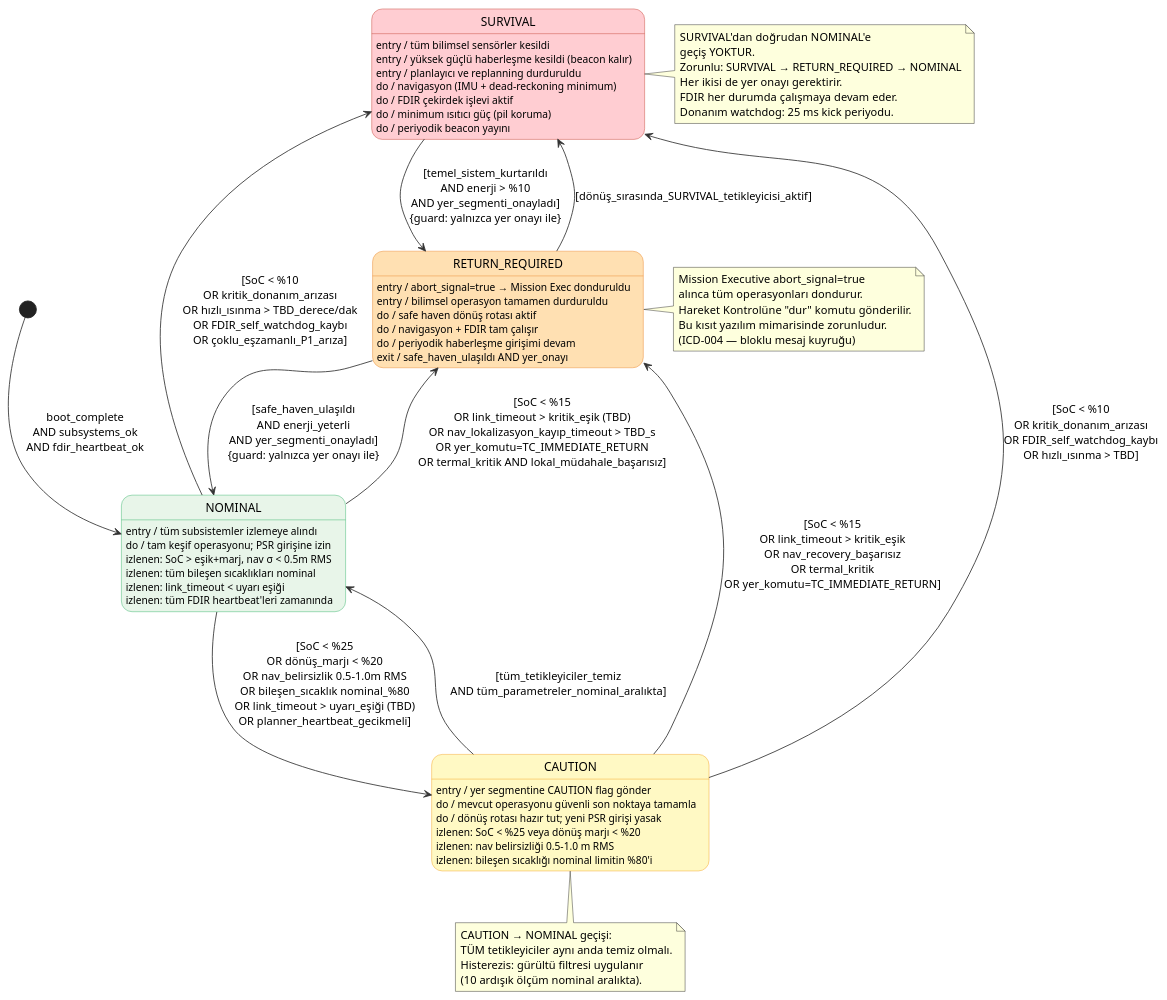
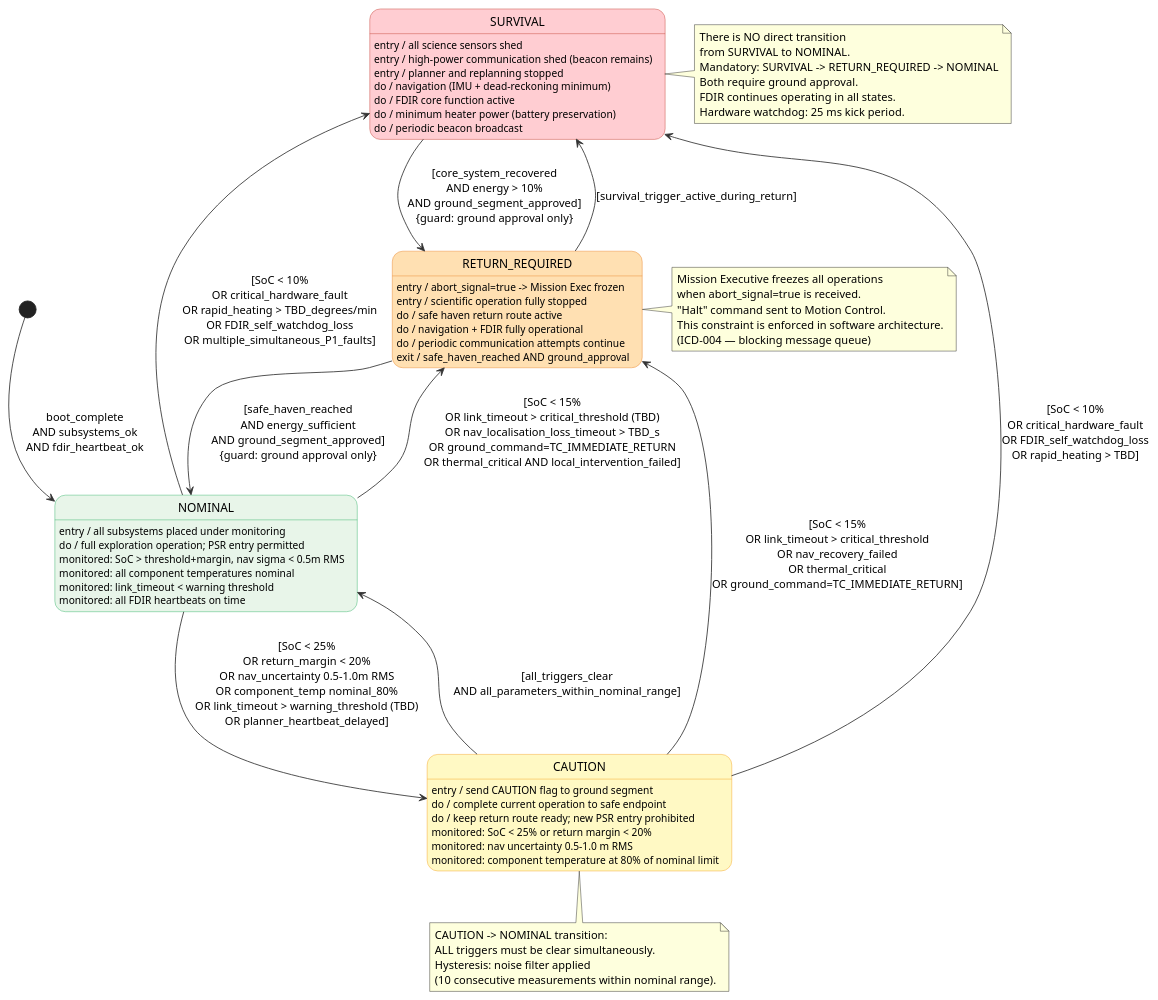
The fifth of 5 diagrams in docs/architecture/PLANTUML_DIAGRAMS.md (meryemnur5142-tech/Lunar-Landing-site-navigation), drawn with PlantUML before and after one commit. The commit also changed other lines of this file and 59 other files, not shown here.

```diff
--- a/docs/architecture/PLANTUML_DIAGRAMS.md
+++ b/docs/architecture/PLANTUML_DIAGRAMS.md
@@ -507,10 +507,10 @@
 @startuml LUNA-AI Safety State Machine
 
 ' =====================================================
-' Güvenlik Durum Makinesi v1.0
-' Belge: LUNA-AI-ARCH-004 (Diyagram 5)
-' Kaynak: LUNA-AI-ARCH-001 (SAFETY_STATE_MACHINE.md)
-' Bağlı: ADR-005, QAR FDIR-001/002/004/005
+' Safety State Machine v1.0
+' Document: LUNA-AI-ARCH-004 (Diagram 5)
+' Source: LUNA-AI-ARCH-001 (SAFETY_STATE_MACHINE.md)
+' Related: ADR-005, QAR FDIR-001/002/004/005
 ' =====================================================
 
 skinparam state {
@@ -535,110 +535,110 @@
   BorderColor #C0392B
 }
 
-' Başlangıç
+' Initial
 [*] --> NOMINAL : boot_complete\nAND subsystems_ok\nAND fdir_heartbeat_ok
 
 ' =====================================================
 ' NOMINAL
 ' =====================================================
 state NOMINAL<<NOMINAL>> {
-  NOMINAL : entry / tüm subsistemler izlemeye alındı
-  NOMINAL : do / tam keşif operasyonu; PSR girişine izin
-  NOMINAL : izlenen: SoC > eşik+marj, nav σ < 0.5m RMS
-  NOMINAL : izlenen: tüm bileşen sıcaklıkları nominal
-  NOMINAL : izlenen: link_timeout < uyarı eşiği
-  NOMINAL : izlenen: tüm FDIR heartbeat'leri zamanında
+  NOMINAL : entry / all subsystems placed under monitoring
+  NOMINAL : do / full exploration operation; PSR entry permitted
+  NOMINAL : monitored: SoC > threshold+margin, nav sigma < 0.5m RMS
+  NOMINAL : monitored: all component temperatures nominal
+  NOMINAL : monitored: link_timeout < warning threshold
+  NOMINAL : monitored: all FDIR heartbeats on time
 }
 
 ' =====================================================
 ' CAUTION
 ' =====================================================
 state CAUTION<<CAUTION>> {
-  CAUTION : entry / yer segmentine CAUTION flag gönder
-  CAUTION : do / mevcut operasyonu güvenli son noktaya tamamla
-  CAUTION : do / dönüş rotası hazır tut; yeni PSR girişi yasak
-  CAUTION : izlenen: SoC < %25 veya dönüş marjı < %20
-  CAUTION : izlenen: nav belirsizliği 0.5–1.0 m RMS
-  CAUTION : izlenen: bileşen sıcaklığı nominal limitin %80'i
+  CAUTION : entry / send CAUTION flag to ground segment
+  CAUTION : do / complete current operation to safe endpoint
+  CAUTION : do / keep return route ready; new PSR entry prohibited
+  CAUTION : monitored: SoC < 25% or return margin < 20%
+  CAUTION : monitored: nav uncertainty 0.5-1.0 m RMS
+  CAUTION : monitored: component temperature at 80% of nominal limit
 }
 
 ' =====================================================
 ' RETURN_REQUIRED
 ' =====================================================
 state RETURN_REQUIRED<<RETURN_REQUIRED>> {
-  RETURN_REQUIRED : entry / abort_signal=true → Mission Exec donduruldu
-  RETURN_REQUIRED : entry / bilimsel operasyon tamamen durduruldu
-  RETURN_REQUIRED : do / safe haven dönüş rotası aktif
-  RETURN_REQUIRED : do / navigasyon + FDIR tam çalışır
-  RETURN_REQUIRED : do / periyodik haberleşme girişimi devam
-  RETURN_REQUIRED : exit / safe_haven_ulaşıldı AND yer_onayı
+  RETURN_REQUIRED : entry / abort_signal=true -> Mission Exec frozen
+  RETURN_REQUIRED : entry / scientific operation fully stopped
+  RETURN_REQUIRED : do / safe haven return route active
+  RETURN_REQUIRED : do / navigation + FDIR fully operational
+  RETURN_REQUIRED : do / periodic communication attempts continue
+  RETURN_REQUIRED : exit / safe_haven_reached AND ground_approval
 }
 
 ' =====================================================
 ' SURVIVAL
 ' =====================================================
 state SURVIVAL<<SURVIVAL>> {
-  SURVIVAL : entry / tüm bilimsel sensörler kesildi
-  SURVIVAL : entry / yüksek güçlü haberleşme kesildi (beacon kalır)
-  SURVIVAL : entry / planlayıcı ve replanning durduruldu
-  SURVIVAL : do / navigasyon (IMU + dead-reckoning minimum)
-  SURVIVAL : do / FDIR çekirdek işlevi aktif
-  SURVIVAL : do / minimum ısıtıcı güç (pil koruma)
-  SURVIVAL : do / periyodik beacon yayını
+  SURVIVAL : entry / all science sensors shed
+  SURVIVAL : entry / high-power communication shed (beacon remains)
+  SURVIVAL : entry / planner and replanning stopped
+  SURVIVAL : do / navigation (IMU + dead-reckoning minimum)
+  SURVIVAL : do / FDIR core function active
+  SURVIVAL : do / minimum heater power (battery preservation)
+  SURVIVAL : do / periodic beacon broadcast
 }
 
 ' =====================================================
-' GEÇİŞLER — NOMINAL'den çıkış
+' TRANSITIONS — exit from NOMINAL
 ' =====================================================
-NOMINAL --> CAUTION : [SoC < %25\nOR dönüş_marjı < %20\nOR nav_belirsizlik 0.5-1.0m RMS\nOR bileşen_sıcaklık nominal_%80\nOR link_timeout > uyarı_eşiği (TBD)\nOR planner_heartbeat_gecikmeli]
+NOMINAL --> CAUTION : [SoC < 25%\nOR return_margin < 20%\nOR nav_uncertainty 0.5-1.0m RMS\nOR component_temp nominal_80%\nOR link_timeout > warning_threshold (TBD)\nOR planner_heartbeat_delayed]
 
-NOMINAL --> RETURN_REQUIRED : [SoC < %15\nOR link_timeout > kritik_eşik (TBD)\nOR nav_lokalizasyon_kayıp_timeout > TBD_s\nOR yer_komutu=TC_IMMEDIATE_RETURN\nOR termal_kritik AND lokal_müdahale_başarısız]
+NOMINAL --> RETURN_REQUIRED : [SoC < 15%\nOR link_timeout > critical_threshold (TBD)\nOR nav_localisation_loss_timeout > TBD_s\nOR ground_command=TC_IMMEDIATE_RETURN\nOR thermal_critical AND local_intervention_failed]
 
-NOMINAL --> SURVIVAL : [SoC < %10\nOR kritik_donanım_arızası\nOR hızlı_ısınma > TBD_derece/dak\nOR FDIR_self_watchdog_kaybı\nOR çoklu_eşzamanlı_P1_arıza]
+NOMINAL --> SURVIVAL : [SoC < 10%\nOR critical_hardware_fault\nOR rapid_heating > TBD_degrees/min\nOR FDIR_self_watchdog_loss\nOR multiple_simultaneous_P1_faults]
 
 ' =====================================================
-' GEÇİŞLER — CAUTION'dan çıkış
+' TRANSITIONS — exit from CAUTION
 ' =====================================================
-CAUTION --> NOMINAL : [tüm_tetikleyiciler_temiz\nAND tüm_parametreler_nominal_aralıkta]
+CAUTION --> NOMINAL : [all_triggers_clear\nAND all_parameters_within_nominal_range]
 
-CAUTION --> RETURN_REQUIRED : [SoC < %15\nOR link_timeout > kritik_eşik\nOR nav_recovery_başarısız\nOR termal_kritik\nOR yer_komutu=TC_IMMEDIATE_RETURN]
+CAUTION --> RETURN_REQUIRED : [SoC < 15%\nOR link_timeout > critical_threshold\nOR nav_recovery_failed\nOR thermal_critical\nOR ground_command=TC_IMMEDIATE_RETURN]
 
-CAUTION --> SURVIVAL : [SoC < %10\nOR kritik_donanım_arızası\nOR FDIR_self_watchdog_kaybı\nOR hızlı_ısınma > TBD]
+CAUTION --> SURVIVAL : [SoC < 10%\nOR critical_hardware_fault\nOR FDIR_self_watchdog_loss\nOR rapid_heating > TBD]
 
 ' =====================================================
-' GEÇİŞLER — RETURN_REQUIRED'dan çıkış
+' TRANSITIONS — exit from RETURN_REQUIRED
 ' =====================================================
-RETURN_REQUIRED --> SURVIVAL : [dönüş_sırasında_SURVIVAL_tetikleyicisi_aktif]
+RETURN_REQUIRED --> SURVIVAL : [survival_trigger_active_during_return]
 
-RETURN_REQUIRED --> NOMINAL : [safe_haven_ulaşıldı\nAND enerji_yeterli\nAND yer_segmenti_onayladı]\n{guard: yalnızca yer onayı ile}
+RETURN_REQUIRED --> NOMINAL : [safe_haven_reached\nAND energy_sufficient\nAND ground_segment_approved]\n{guard: ground approval only}
 
 ' =====================================================
-' GEÇİŞLER — SURVIVAL'dan çıkış
+' TRANSITIONS — exit from SURVIVAL
 ' =====================================================
-SURVIVAL --> RETURN_REQUIRED : [temel_sistem_kurtarıldı\nAND enerji > %10\nAND yer_segmenti_onayladı]\n{guard: yalnızca yer onayı ile}
+SURVIVAL --> RETURN_REQUIRED : [core_system_recovered\nAND energy > 10%\nAND ground_segment_approved]\n{guard: ground approval only}
 
 note right of SURVIVAL
-  SURVIVAL'dan doğrudan NOMINAL'e
-  geçiş YOKTUR.
-  Zorunlu: SURVIVAL → RETURN_REQUIRED → NOMINAL
-  Her ikisi de yer onayı gerektirir.
-  FDIR her durumda çalışmaya devam eder.
-  Donanım watchdog: 25 ms kick periyodu.
+  There is NO direct transition
+  from SURVIVAL to NOMINAL.
+  Mandatory: SURVIVAL -> RETURN_REQUIRED -> NOMINAL
+  Both require ground approval.
+  FDIR continues operating in all states.
+  Hardware watchdog: 25 ms kick period.
 end note
 
 note right of RETURN_REQUIRED
-  Mission Executive abort_signal=true
-  alınca tüm operasyonları dondurur.
-  Hareket Kontrolüne "dur" komutu gönderilir.
-  Bu kısıt yazılım mimarisinde zorunludur.
-  (ICD-004 — bloklu mesaj kuyruğu)
+  Mission Executive freezes all operations
+  when abort_signal=true is received.
+  "Halt" command sent to Motion Control.
+  This constraint is enforced in software architecture.
+  (ICD-004 — blocking message queue)
 end note
 
 note bottom of CAUTION
-  CAUTION → NOMINAL geçişi:
-  TÜM tetikleyiciler aynı anda temiz olmalı.
-  Histerezis: gürültü filtresi uygulanır
-  (10 ardışık ölçüm nominal aralıkta).
+  CAUTION -> NOMINAL transition:
+  ALL triggers must be clear simultaneously.
+  Hysteresis: noise filter applied
+  (10 consecutive measurements within nominal range).
 end note
 
 @enduml
```
